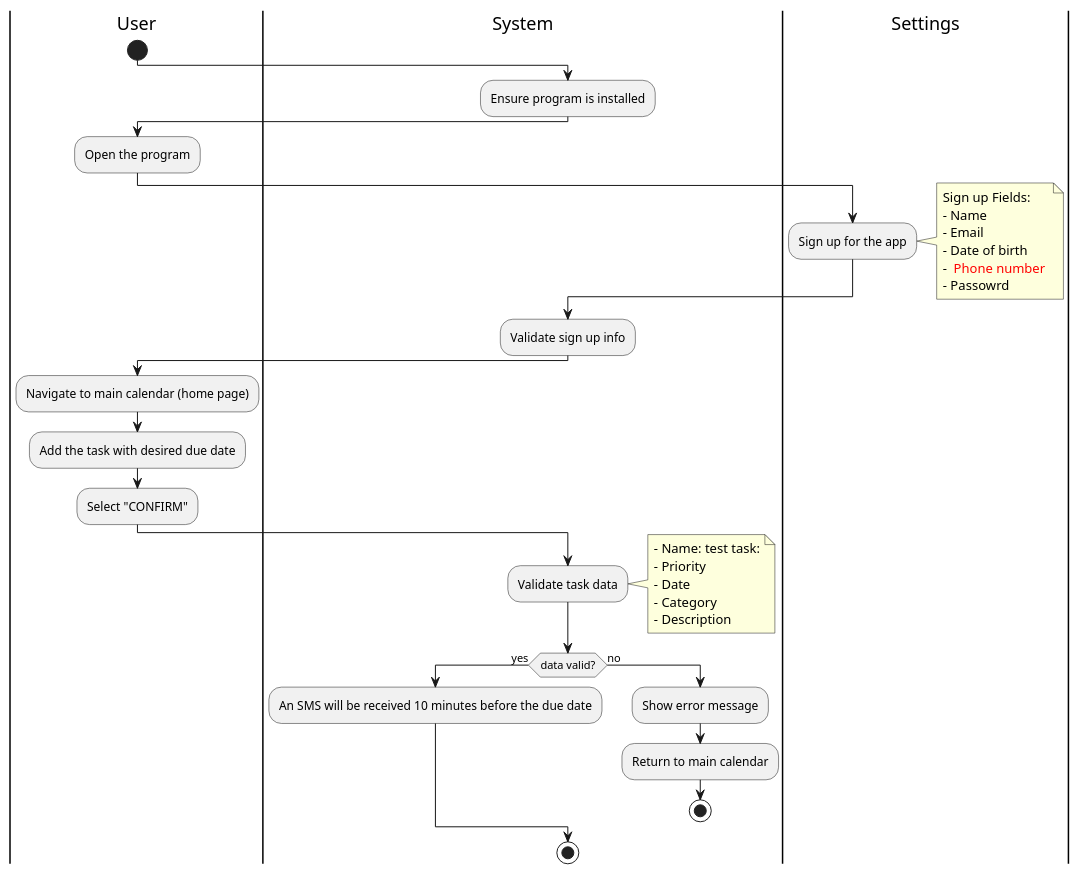
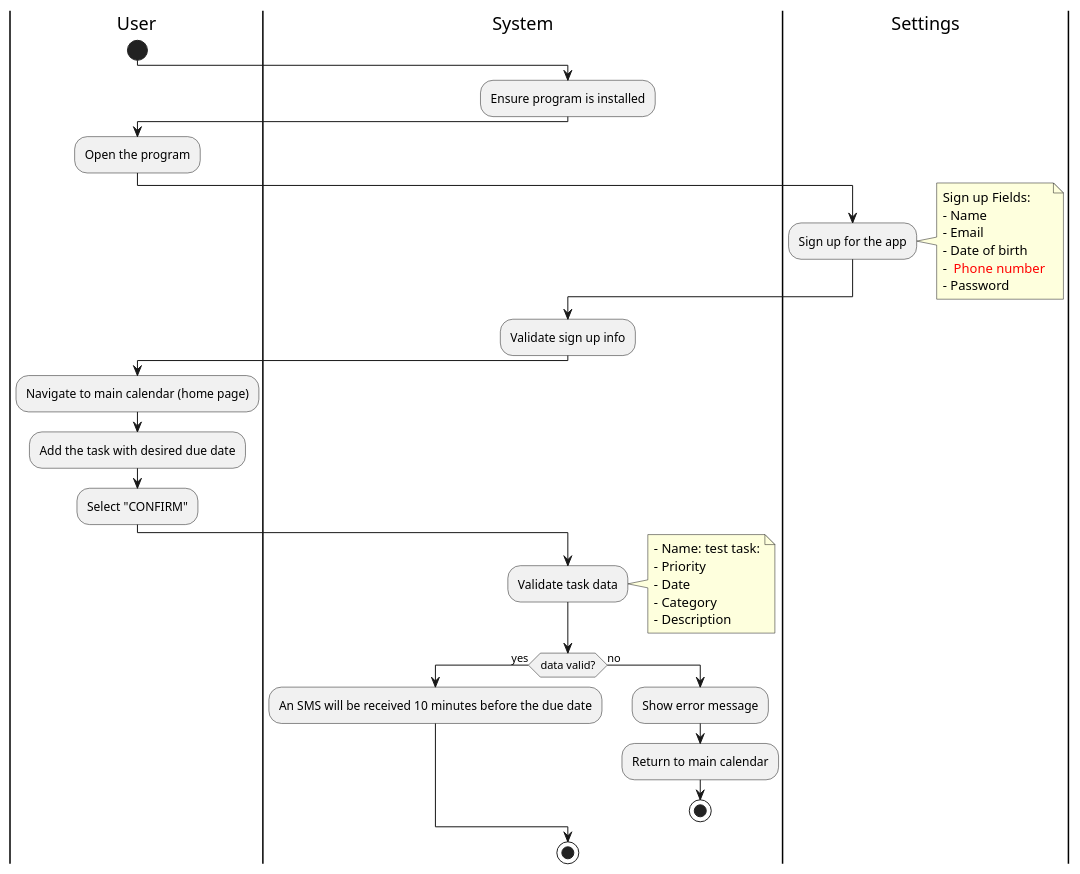
One commit to CS361-2024Fall-Term/Innovators changed the diagram in assignment7/notification_reminder.puml. Above: the diagram before and after it, drawn with PlantUML.

Commit message:
Fixed spelling error

```diff
--- a/assignment7/notification_reminder.puml
+++ b/assignment7/notification_reminder.puml
@@ -1,55 +1,55 @@
 @startuml
 |User|
 start
 
 |System|
 :Ensure program is installed;
 
 |User|
 :Open the program;
 
 |Settings|
 :Sign up for the app;
 
 note right
 Sign up Fields:
 - Name
 - Email
 - Date of birth
 - <color:red> Phone number </color>
-- Passowrd
+- Password
 end note
 
 |System|
 :Validate sign up info;
 
 |User|
 :Navigate to main calendar (home page);
 
 |User|
 :Add the task with desired due date;
 :Select "CONFIRM";
 
 |System|
 :Validate task data;
 
 note right
 - Name: test task:
 - Priority
 - Date
 - Category
 - Description
 end note
 
 |System|
 if (data valid?) then (yes)
   :An SMS will be received 10 minutes before the due date;
 else (no)
   :Show error message;
   :Return to main calendar;
 stop
 endif
  
 stop
 
 @enduml
```
